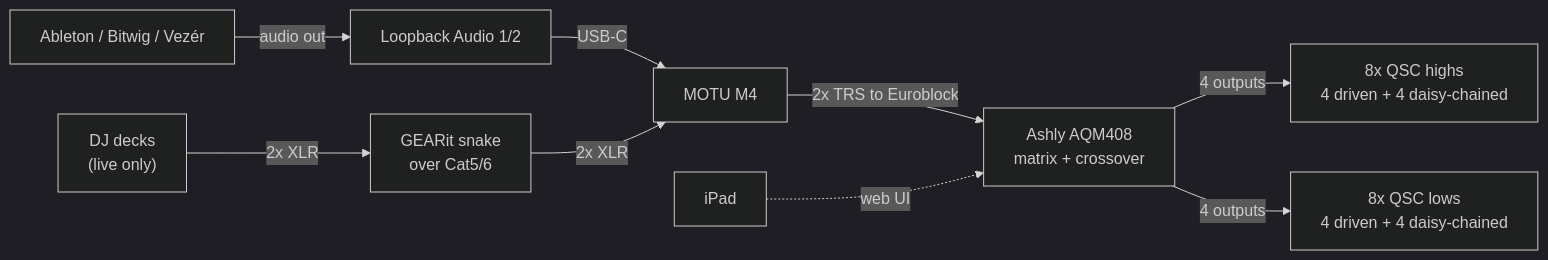
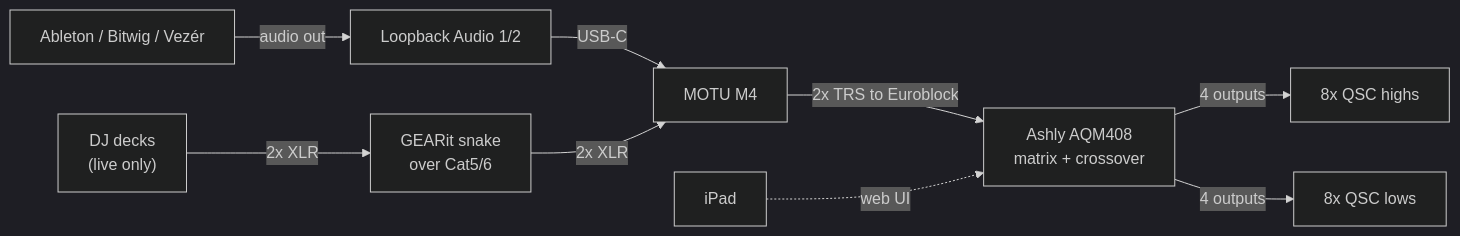
Before and after one commit to Apotheneum/Apotheneum: the diagram in docs/infrastructure/audio-system.md, drawn with Mermaid (dark theme). The commit also changed other lines of this file and 8 other files, not shown here.

````diff
--- a/docs/infrastructure/audio-system.md
+++ b/docs/infrastructure/audio-system.md
@@ -5,11 +3,11 @@
 ```mermaid
 flowchart LR
     APPS["Ableton / Bitwig / Vezér"] -->|audio out| LB["Loopback Audio 1/2"]
     LB -->|USB-C| MOTU["MOTU M4"]
     DECKS["DJ decks<br>(live only)"] -->|"2x XLR"| GI["GEARit snake<br>over Cat5/6"]
     GI -->|"2x XLR"| MOTU
     MOTU -->|"2x TRS to Euroblock"| AQM["Ashly AQM408<br>matrix + crossover"]
-    AQM -->|"4 outputs"| HI["8x QSC highs<br>4 driven + 4 daisy-chained"]
-    AQM -->|"4 outputs"| SUB["8x QSC lows<br>4 driven + 4 daisy-chained"]
+    AQM -->|"4 outputs"| HI["8x QSC highs"]
+    AQM -->|"4 outputs"| SUB["8x QSC lows"]
     IPAD["iPad"] -.->|web UI| AQM
 ```
````
